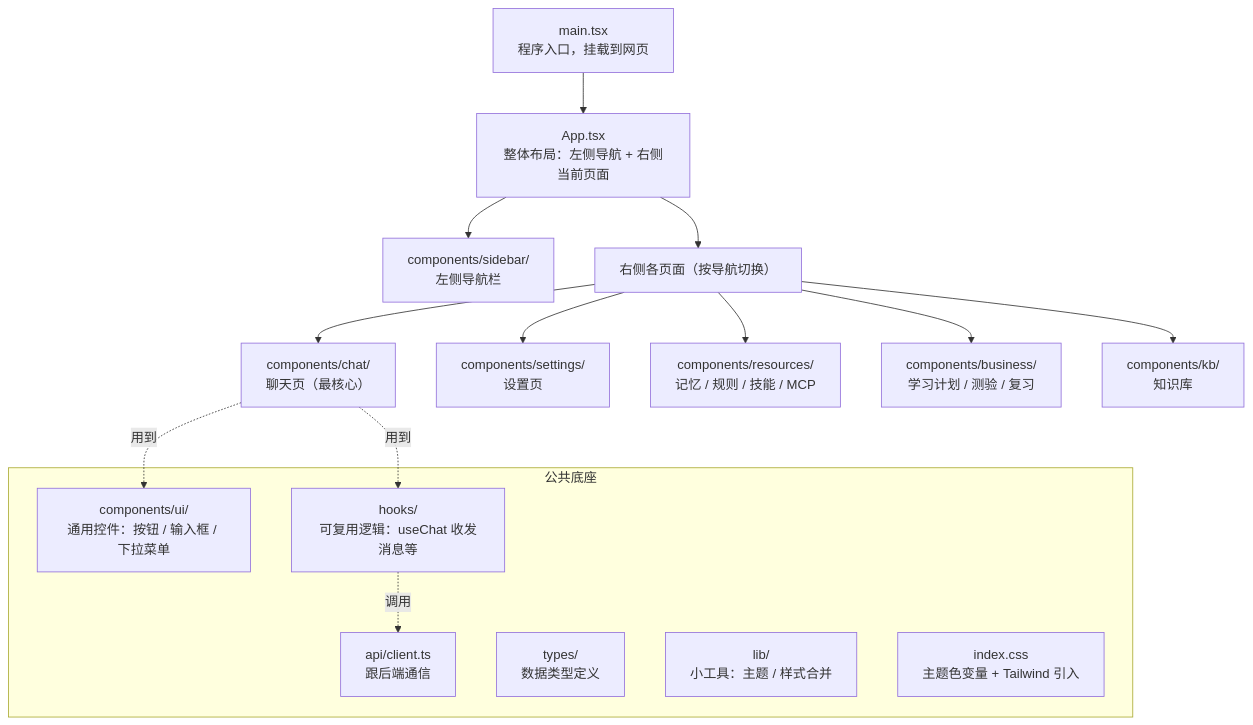
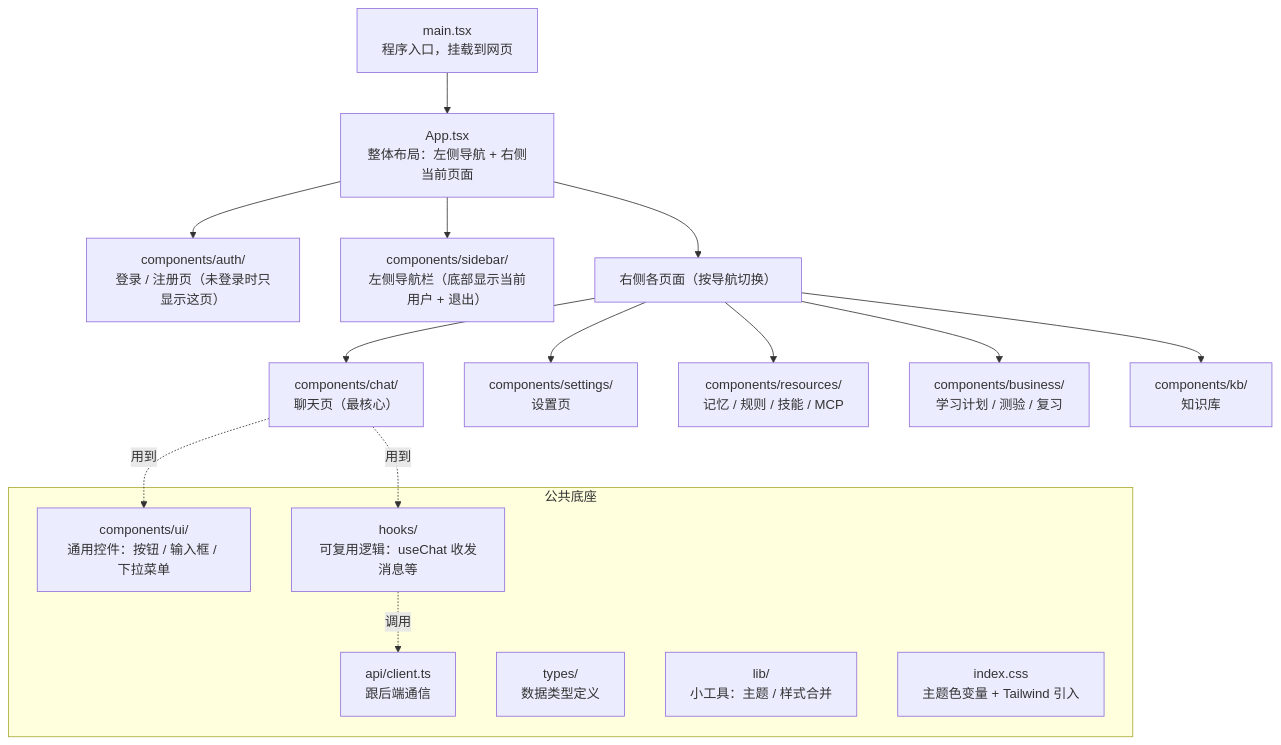
Before and after one commit to michaelwangzhenan/AgentA: the third of 4 diagrams in docs/iter_4_UI2_plus.md, drawn with Mermaid. The commit also changed other lines of this file and 60 other files, not shown here.

````diff
--- a/docs/iter_4_UI2_plus.md
+++ b/docs/iter_4_UI2_plus.md
@@ -672,25 +672,26 @@
 ```mermaid
 graph TD
     main["main.tsx<br/>程序入口，挂载到网页"] --> App["App.tsx<br/>整体布局：左侧导航 + 右侧当前页面"]
-    App --> Sidebar["components/sidebar/<br/>左侧导航栏"]
+    App --> auth["components/auth/<br/>登录 / 注册页（未登录时只显示这页）"]
+    App --> Sidebar["components/sidebar/<br/>左侧导航栏（底部显示当前用户 + 退出）"]
     App --> Views["右侧各页面（按导航切换）"]
 
     Views --> chat["components/chat/<br/>聊天页（最核心）"]
     Views --> settings["components/settings/<br/>设置页"]
     Views --> resources["components/resources/<br/>记忆 / 规则 / 技能 / MCP"]
     Views --> business["components/business/<br/>学习计划 / 测验 / 复习"]
     Views --> kb["components/kb/<br/>知识库"]
 
     subgraph 公共底座
       ui["components/ui/<br/>通用控件：按钮 / 输入框 / 下拉菜单"]
       hooks["hooks/<br/>可复用逻辑：useChat 收发消息等"]
       api["api/client.ts<br/>跟后端通信"]
       types["types/<br/>数据类型定义"]
       lib["lib/<br/>小工具：主题 / 样式合并"]
       css["index.css<br/>主题色变量 + Tailwind 引入"]
     end
 
     chat -.用到.-> ui
     chat -.用到.-> hooks
     hooks -.调用.-> api
 ```
````
